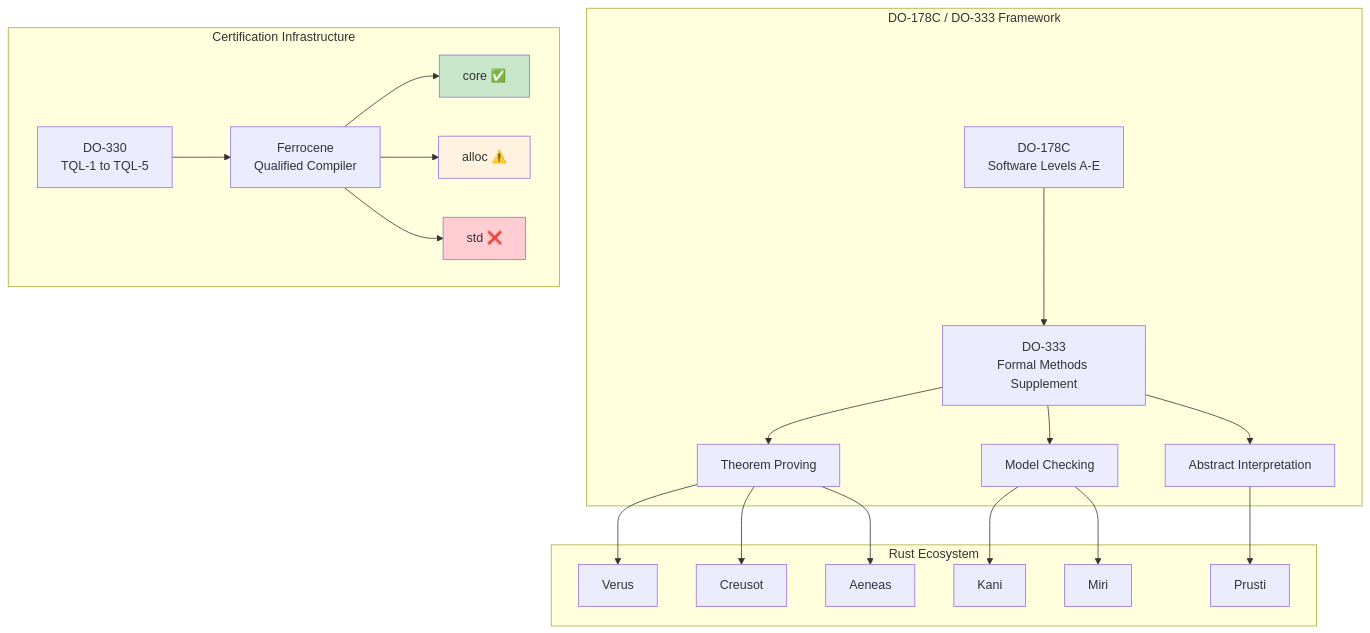
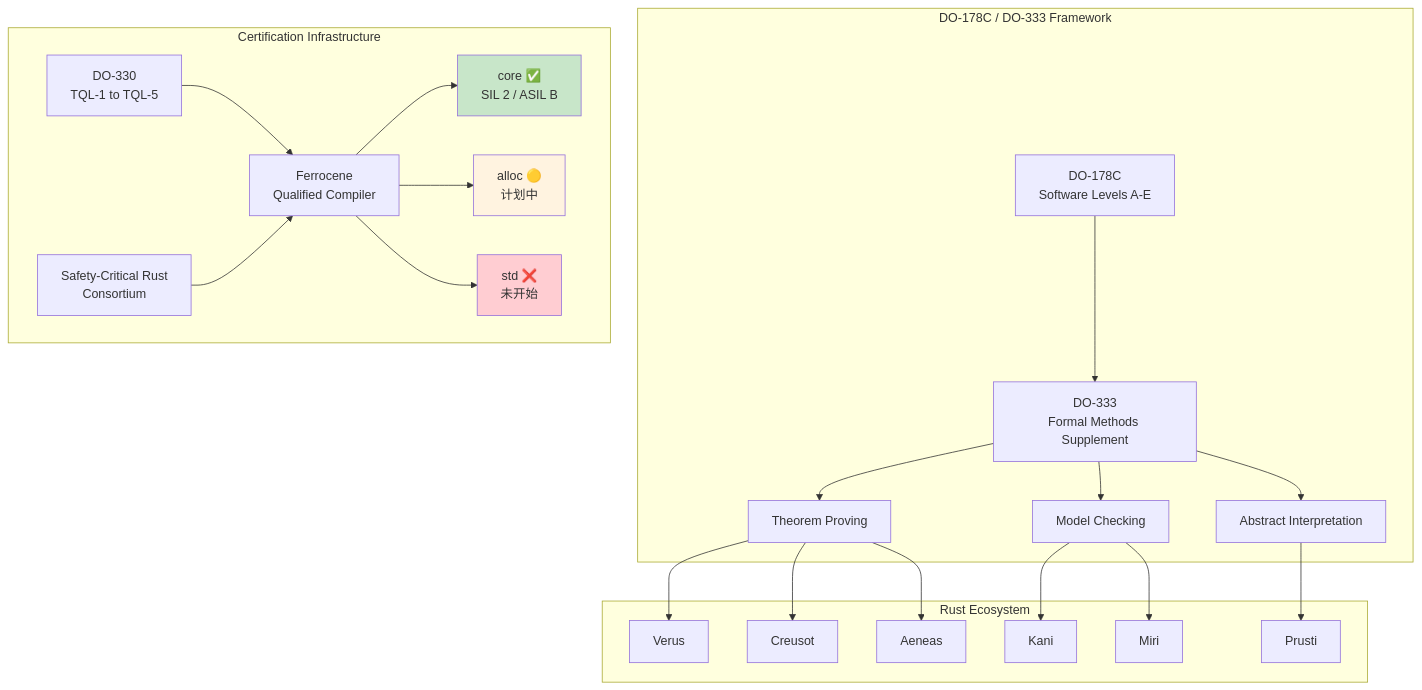
The diagram in concept/04_formal/16_aerospace_certification_formal_methods.md (martin-ly/rust-lang), drawn with Mermaid before and after one commit. The commit also changed other lines of this file and 1293 other files, not shown here.

````diff
--- a/concept/04_formal/16_aerospace_certification_formal_methods.md
+++ b/concept/04_formal/16_aerospace_certification_formal_methods.md
@@ -863,29 +864,30 @@
 ```mermaid
 graph TD
     subgraph "DO-178C / DO-333 Framework"
         A[DO-178C<br/>Software Levels A-E] --> B[DO-333<br/>Formal Methods Supplement]
         B --> C[Theorem Proving]
         B --> D[Model Checking]
         B --> E[Abstract Interpretation]
     end
 
     subgraph "Rust Ecosystem"
         C --> C1[Verus]
         C --> C2[Creusot]
         C --> C3[Aeneas]
         D --> D1[Kani]
         D --> D2[Miri]
         E --> E1[Prusti]
     end
 
     subgraph "Certification Infrastructure"
-        F[Ferrocene<br/>Qualified Compiler] --> F1[core ✅]
-        F --> F2[alloc ⚠️]
-        F --> F3[std ❌]
+        F[Ferrocene<br/>Qualified Compiler] --> F1[core ✅<br/>SIL 2 / ASIL B]
+        F --> F2[alloc 🟡<br/>计划中]
+        F --> F3[std ❌<br/>未开始]
         G[DO-330<br/>TQL-1 to TQL-5] --> F
+        H[Safety-Critical Rust<br/>Consortium] --> F
     end
 
     style F1 fill:#c8e6c9
     style F2 fill:#fff3e0
     style F3 fill:#ffcdd2
 ```
````
